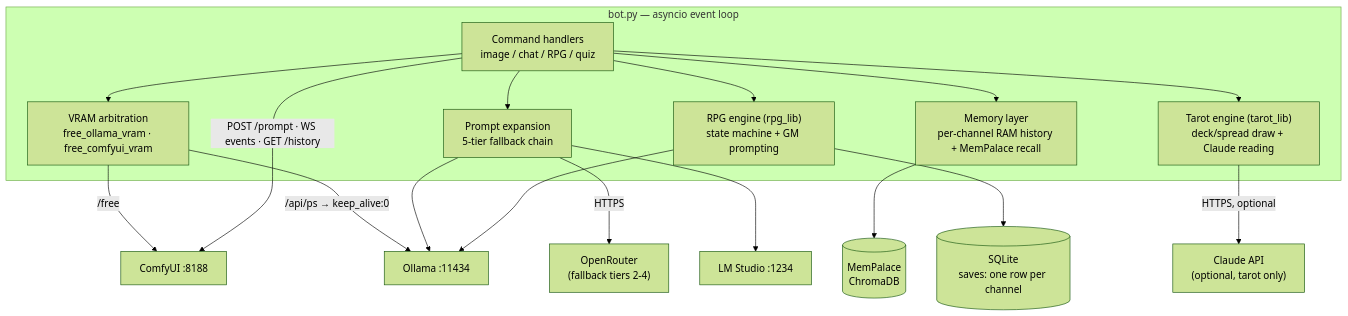
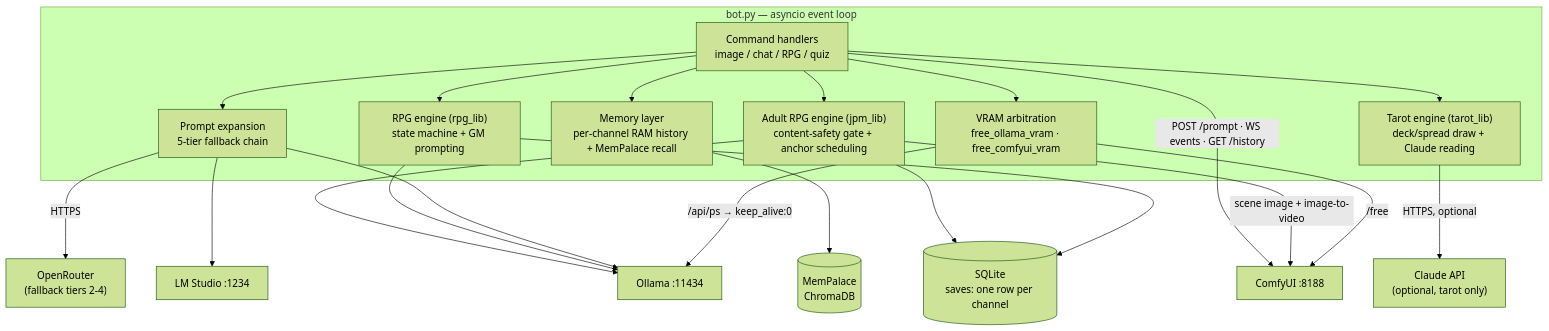
Before and after one commit to Luca135007/hermas-architecture: the second of 3 diagrams in docs/architecture.md, drawn with Mermaid (forest theme). The commit also changed other lines of this file and 4 other files, not shown here.

First line of the commit message:
Document adult-content RPG engine, GPU lock, and ADR-0005

````diff
--- a/docs/architecture.md
+++ b/docs/architecture.md
@@ -37,34 +37,39 @@
 ```mermaid
 graph TB
     subgraph bot["bot.py — asyncio event loop"]
         cmds["Command handlers<br/>image / chat / RPG / quiz"]
         arb["VRAM arbitration<br/>free_ollama_vram · free_comfyui_vram"]
         expand["Prompt expansion<br/>5-tier fallback chain"]
         memory["Memory layer<br/>per-channel RAM history + MemPalace recall"]
         rpg["RPG engine (rpg_lib)<br/>state machine + GM prompting"]
+        jpm["Adult RPG engine (jpm_lib)<br/>content-safety gate + anchor scheduling"]
         tarot["Tarot engine (tarot_lib)<br/>deck/spread draw + Claude reading"]
     end
     comfy["ComfyUI :8188"]
     ollama["Ollama :11434"]
     lms["LM Studio :1234"]
     openrouter["OpenRouter<br/>(fallback tiers 2-4)"]
     anthropic["Claude API<br/>(optional, tarot only)"]
     chroma[("MemPalace<br/>ChromaDB")]
     sqlite[("SQLite<br/>saves: one row per channel")]
 
     cmds --> arb
     cmds --> expand
     cmds --> memory
     cmds --> rpg
+    cmds --> jpm
     cmds --> tarot
     arb -->|"/free"| comfy
     arb -->|"/api/ps → keep_alive:0"| ollama
     expand --> ollama
     expand -->|"HTTPS"| openrouter
     expand --> lms
     memory --> chroma
     rpg --> sqlite
     rpg --> ollama
+    jpm --> sqlite
+    jpm --> ollama
+    jpm -->|"scene image + image-to-video"| comfy
     tarot -->|"HTTPS, optional"| anthropic
     cmds -->|"POST /prompt · WS events · GET /history"| comfy
 ```
````
